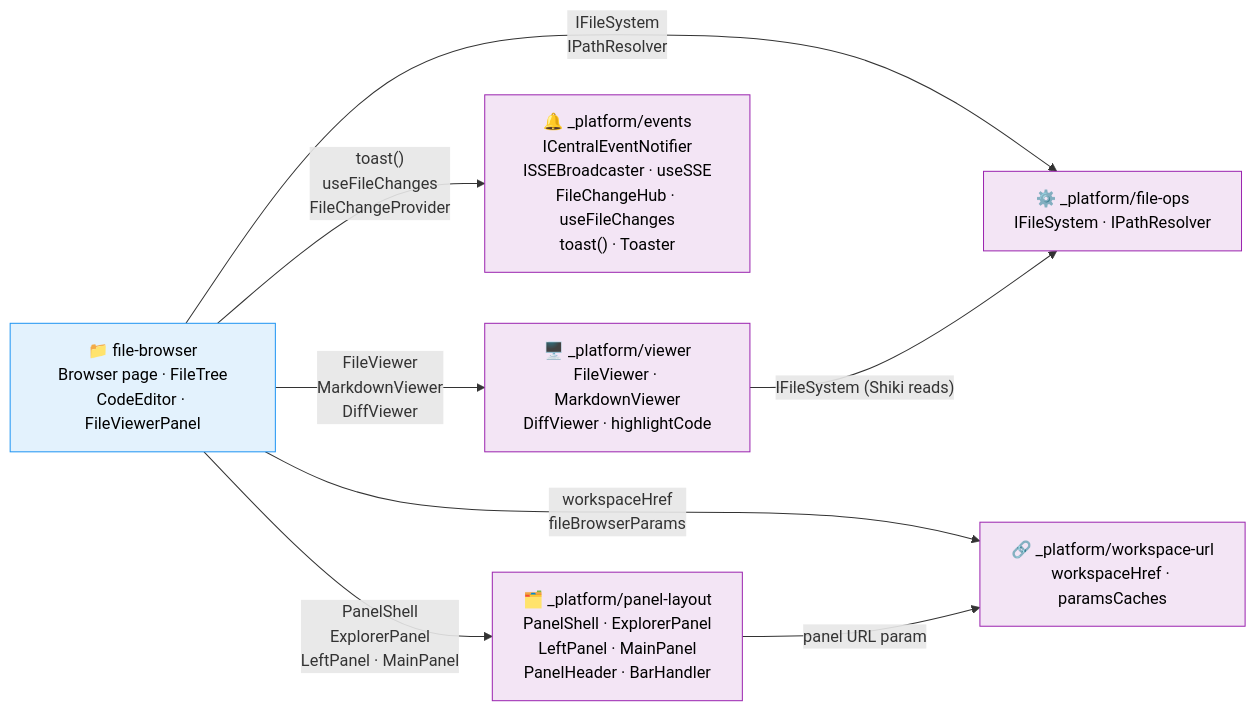
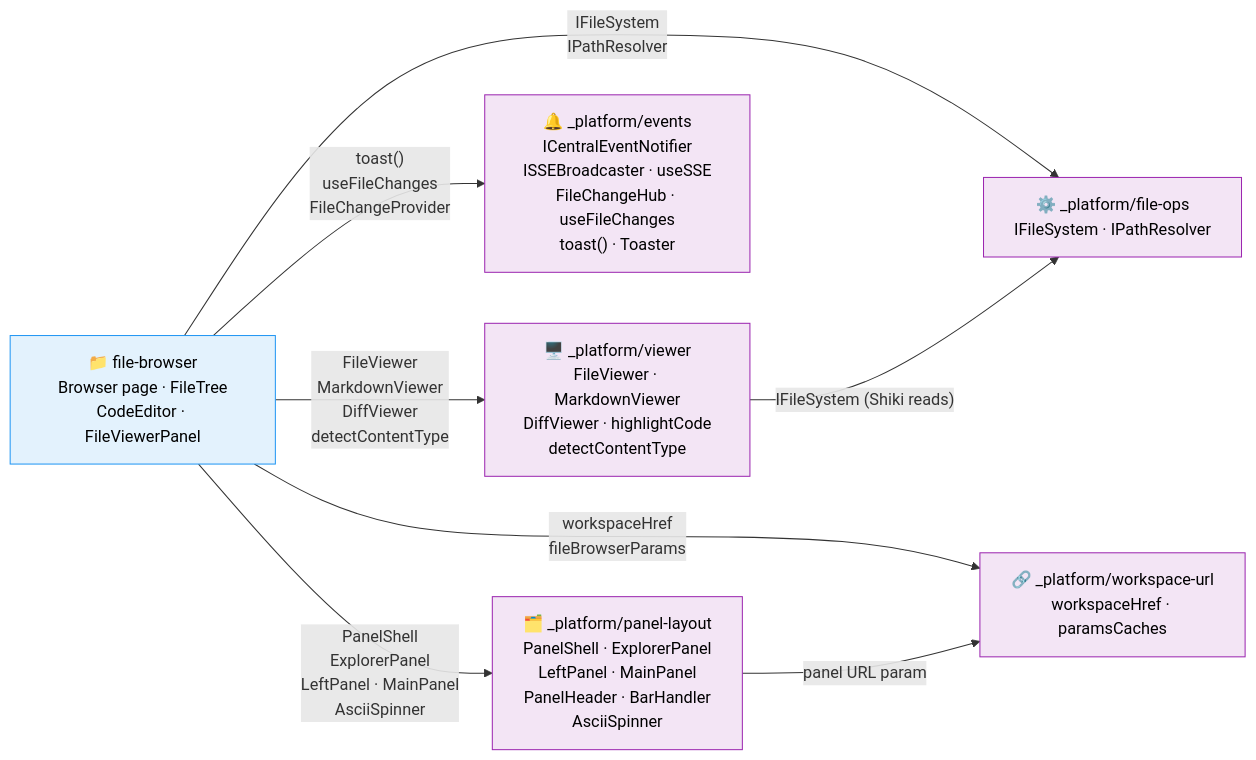
One commit to AI-Substrate/chainglass changed the diagram in docs/domains/domain-map.md. Above: the diagram before and after it, drawn with Mermaid. The commit also changed other lines of this file and 8 other files, not shown here.

````diff
--- a/docs/domains/domain-map.md
+++ b/docs/domains/domain-map.md
@@ -6,24 +6,24 @@
 ```mermaid
 flowchart LR
     classDef business fill:#E3F2FD,stroke:#2196F3,color:#000
     classDef infra fill:#F3E5F5,stroke:#9C27B0,color:#000
 
     %% Infrastructure domains
     fileOps["⚙️ _platform/file-ops<br/>IFileSystem · IPathResolver"]:::infra
     wsUrl["🔗 _platform/workspace-url<br/>workspaceHref · paramsCaches"]:::infra
-    viewer["🖥️ _platform/viewer<br/>FileViewer · MarkdownViewer<br/>DiffViewer · highlightCode"]:::infra
+    viewer["🖥️ _platform/viewer<br/>FileViewer · MarkdownViewer<br/>DiffViewer · highlightCode<br/>detectContentType"]:::infra
     events["🔔 _platform/events<br/>ICentralEventNotifier<br/>ISSEBroadcaster · useSSE<br/>FileChangeHub · useFileChanges<br/>toast() · Toaster"]:::infra
-    panels["🗂️ _platform/panel-layout<br/>PanelShell · ExplorerPanel<br/>LeftPanel · MainPanel<br/>PanelHeader · BarHandler"]:::infra
+    panels["🗂️ _platform/panel-layout<br/>PanelShell · ExplorerPanel<br/>LeftPanel · MainPanel<br/>PanelHeader · BarHandler<br/>AsciiSpinner"]:::infra
 
     %% Business domains
     fileBrowser["📁 file-browser<br/>Browser page · FileTree<br/>CodeEditor · FileViewerPanel"]:::business
 
     %% Contract dependencies (consumer → provider)
     fileBrowser -->|"IFileSystem<br/>IPathResolver"| fileOps
     fileBrowser -->|"workspaceHref<br/>fileBrowserParams"| wsUrl
-    fileBrowser -->|"FileViewer<br/>MarkdownViewer<br/>DiffViewer"| viewer
+    fileBrowser -->|"FileViewer<br/>MarkdownViewer<br/>DiffViewer<br/>detectContentType"| viewer
     fileBrowser -->|"toast()<br/>useFileChanges<br/>FileChangeProvider"| events
-    fileBrowser -->|"PanelShell<br/>ExplorerPanel<br/>LeftPanel · MainPanel"| panels
+    fileBrowser -->|"PanelShell<br/>ExplorerPanel<br/>LeftPanel · MainPanel<br/>AsciiSpinner"| panels
     panels -->|"panel URL param"| wsUrl
     viewer -->|"IFileSystem (Shiki reads)"| fileOps
 ```
````
